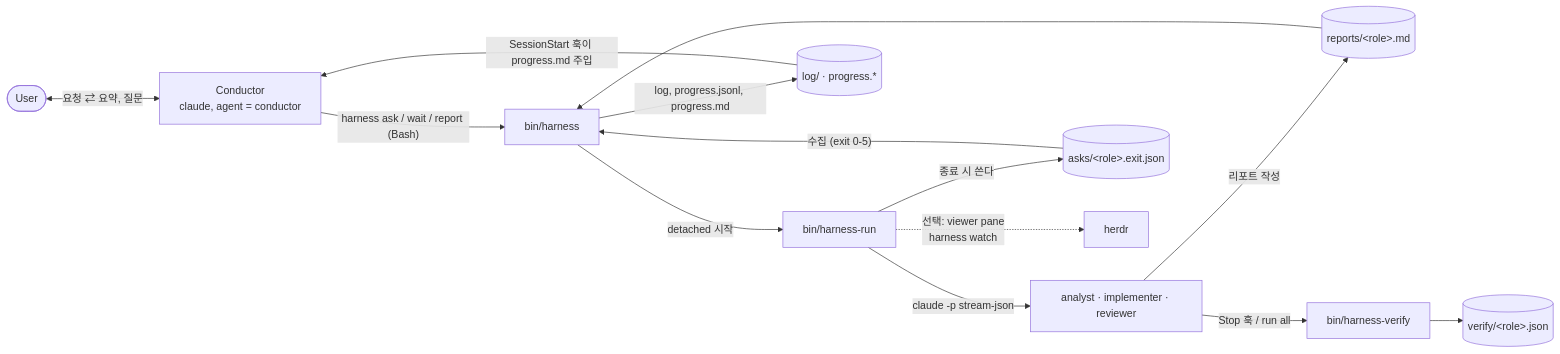
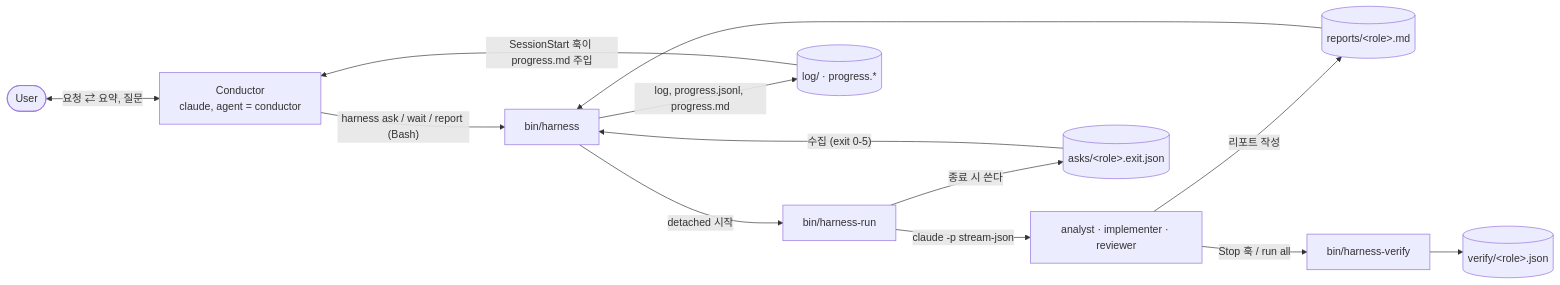
Before and after one commit to geonhos/claude-code-setup: the first of 4 diagrams in docs/architecture.md, drawn with Mermaid. The commit also changed other lines of this file and 29 other files, not shown here.

First line of the commit message:
refactor(harness): remove herdr (#67) (#86)

````diff
--- a/docs/architecture.md
+++ b/docs/architecture.md
@@ -7,16 +7,15 @@
 ```mermaid
 flowchart LR
   user([User]) <-- "요청 ⇄ 요약, 질문" --> cond["Conductor<br/>claude, agent = conductor"]
   cond -- "harness ask / wait / report (Bash)" --> hcli["bin/harness"]
   hcli -- "detached 시작" --> run["bin/harness-run"]
   run -- "claude -p stream-json" --> workers["analyst · implementer · reviewer"]
   workers -- "리포트 작성" --> rep[("reports/&lt;role&gt;.md")]
   run -- "종료 시 쓴다" --> exj[("asks/&lt;role&gt;.exit.json")]
   exj -- "수집 (exit 0-5)" --> hcli
   rep --> hcli
   hcli -- "log, progress.jsonl, progress.md" --> log[("log/ · progress.*")]
-  run -. "선택: viewer pane<br/>harness watch" .-> herdr[herdr]
   workers -- "Stop 훅 / run all" --> hv["bin/harness-verify"]
   hv --> vst[("verify/&lt;role&gt;.json")]
   log -- "SessionStart 훅이 progress.md 주입" --> cond
 ```
````
